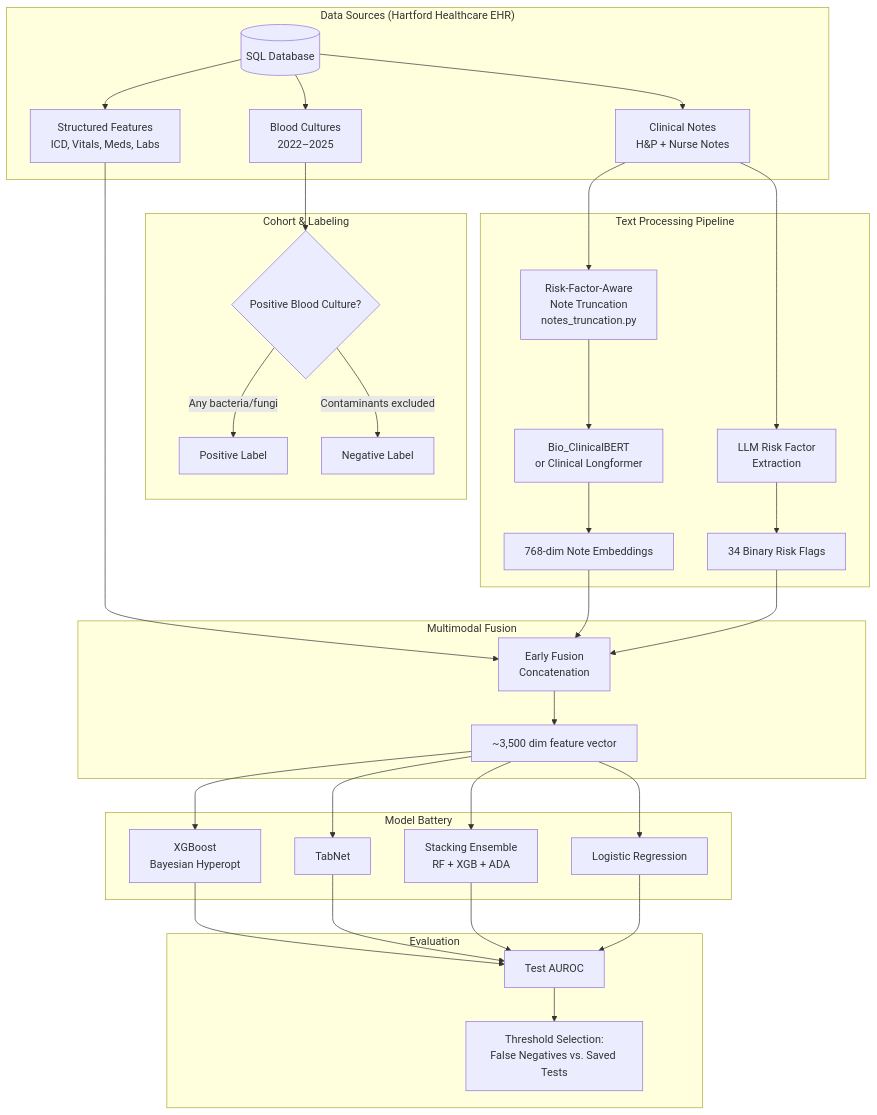
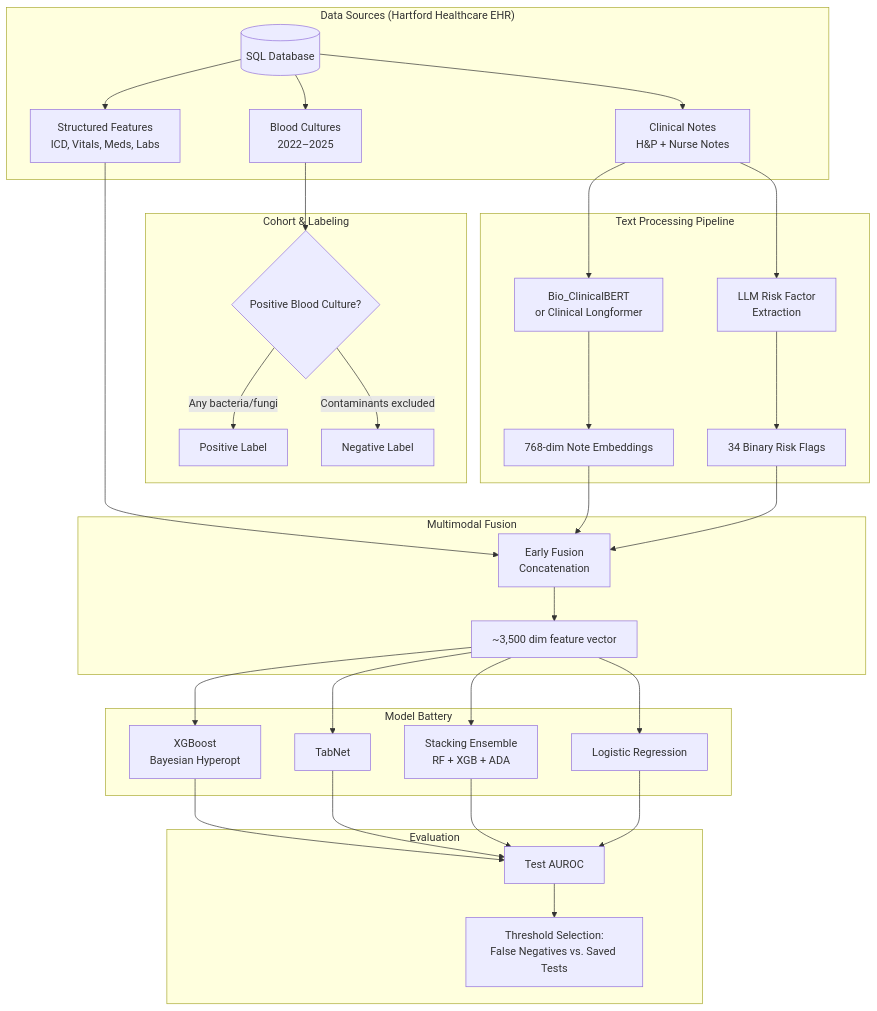
Before and after one commit to seehanahtang/bsi-mmai-seehanah: the first of 2 diagrams in project/README.md, drawn with Mermaid. The commit also changed other lines of this file and 1 other file, not shown here.

````diff
--- a/project/README.md
+++ b/project/README.md
@@ -52,44 +52,43 @@
 ```mermaid
 flowchart TD
     subgraph Data["Data Sources (Hartford Healthcare EHR)"]
         SQL[(SQL Database)] --> BC[Blood Cultures\n2022–2025]
         SQL --> TAB[Structured Features\nICD, Vitals, Meds, Labs]
         SQL --> NOTES[Clinical Notes\nH&P + Nurse Notes]
     end
 
     subgraph Label["Cohort & Labeling"]
         BC --> LABEL{Positive Blood Culture?}
         LABEL -->|Any bacteria/fungi| POS[Positive Label]
         LABEL -->|Contaminants excluded| NEG[Negative Label]
     end
 
     subgraph TextPipeline["Text Processing Pipeline"]
-        NOTES --> TRUNC[Risk-Factor-Aware\nNote Truncation\nnotes_truncation.py]
-        TRUNC --> BERT[Bio_ClinicalBERT\nor Clinical Longformer]
+        NOTES --> BERT[Bio_ClinicalBERT\nor Clinical Longformer]
         BERT --> EMB[768-dim Note Embeddings]
         NOTES --> LLM[LLM Risk Factor\nExtraction]
         LLM --> RISK[34 Binary Risk Flags]
     end
 
     subgraph Fusion["Multimodal Fusion"]
         TAB --> CONCAT[Early Fusion\nConcatenation]
         EMB --> CONCAT
         RISK --> CONCAT
         CONCAT --> FEAT[~3,500 dim feature vector]
     end
 
     subgraph Models["Model Battery"]
         FEAT --> XGB[XGBoost\nBayesian Hyperopt]
         FEAT --> TABNET[TabNet]
         FEAT --> STACK[Stacking Ensemble\nRF + XGB + ADA]
         FEAT --> LR[Logistic Regression]
     end
 
     subgraph Eval["Evaluation"]
         XGB --> AUROC[Test AUROC]
         TABNET --> AUROC
         STACK --> AUROC
         LR --> AUROC
         AUROC --> THRESH[Threshold Selection:\nFalse Negatives vs. Saved Tests]
     end
 ```
````
